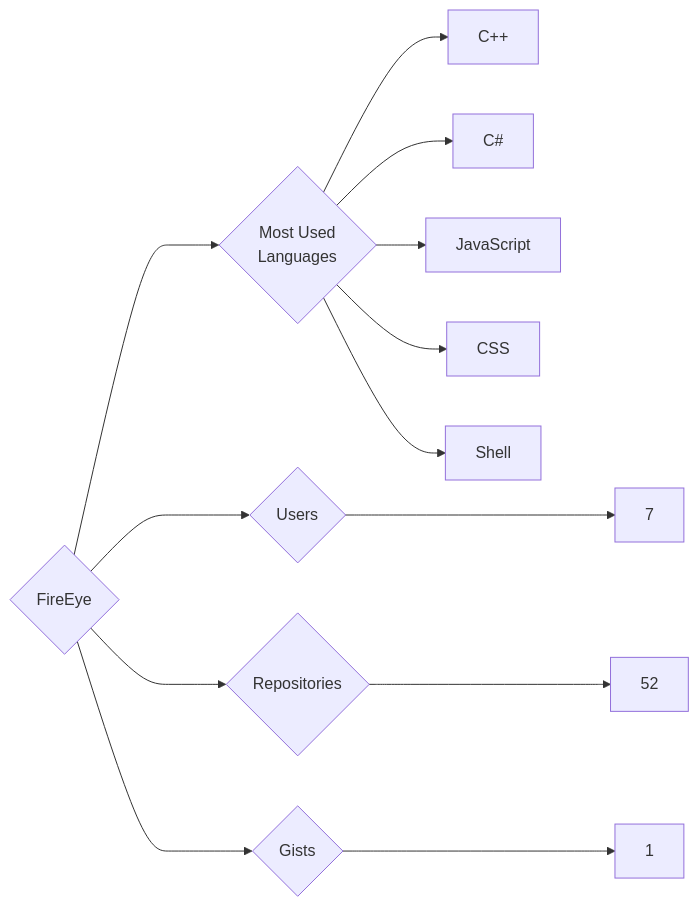
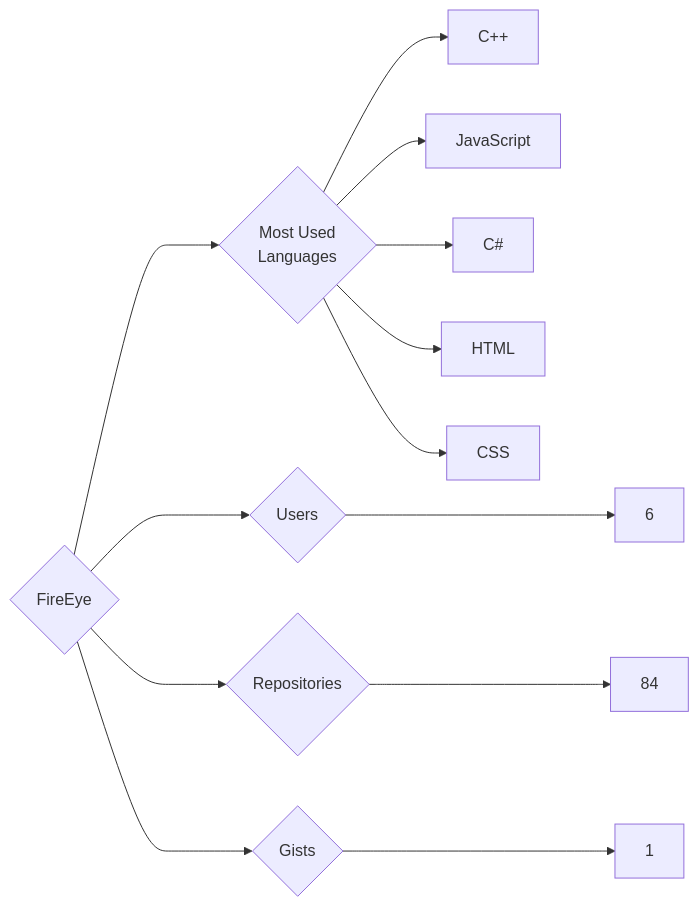
One commit to trickest/insiders changed the diagram in targets/FireEye/README.md. Above: the diagram before and after it, drawn with Mermaid. The commit also changed 1007 other files, not shown here.

````diff
--- a/targets/FireEye/README.md
+++ b/targets/FireEye/README.md
@@ -3,13 +3,13 @@
 ```mermaid
 graph LR
 COMPANY_NAME{FireEye}
-COMPANY_NAME ---> U{Users} ---> UN[7]
-COMPANY_NAME ---> R{Repositories} ---> RN[52]
+COMPANY_NAME ---> U{Users} ---> UN[6]
+COMPANY_NAME ---> R{Repositories} ---> RN[84]
 COMPANY_NAME ---> G{Gists} ---> GN[1]
 COMPANY_NAME ---> ML{Most Used<br>Languages}
 ML --> C++[C++]
+ML --> JavaScript[JavaScript]
 ML --> C#[C#]
-ML --> JavaScript[JavaScript]
+ML --> HTML[HTML]
 ML --> CSS[CSS]
-ML --> Shell[Shell]
 ```
````
